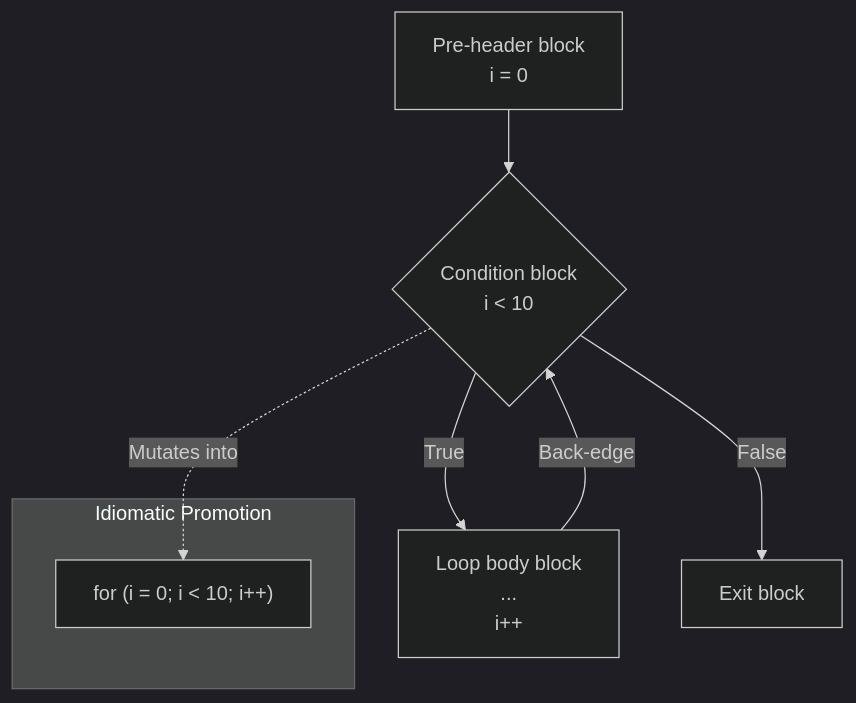
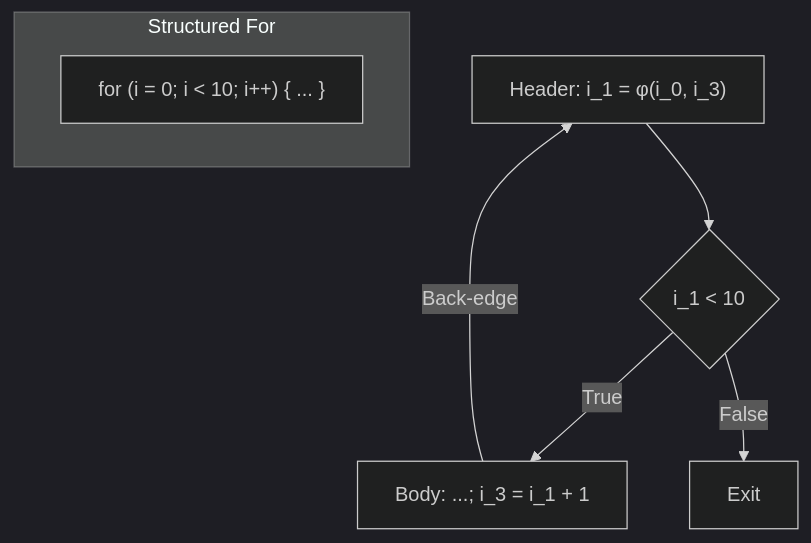
The second of 3 diagrams in docs/Decompiler.md (Euva-Project/EUVA), drawn with Mermaid (dark theme) before and after one commit. The commit also changed other lines of this file and 58 other files, not shown here.

````diff
--- a/docs/Decompiler.md
+++ b/docs/Decompiler.md
@@ -72,12 +120,11 @@
 ```mermaid
 graph TD
-    Pre["Pre-header block<br/>i = 0"] --> Header{"Condition block<br/>i < 10"}
-    Header -->|True| Body["Loop body block<br/>...<br/>i++"]
-    Body -->|Back-edge| Header
-    Header -->|False| Exit["Exit block"]
+    H["Header: i_1 = φ(i_0, i_3)"] --> C{"i_1 < 10"}
+    C -->|True| B["Body: ...; i_3 = i_1 + 1"]
+    B -->|Back-edge| H
+    C -->|False| E["Exit"]
     
-    subgraph Idiomatic Promotion
-    Promotion["for (i = 0; i < 10; i++)"]
+    subgraph Structured For
+    F["for (i = 0; i < 10; i++) { ... }"]
     end
-    Header -.->|Mutates into| Promotion
 ```
````
